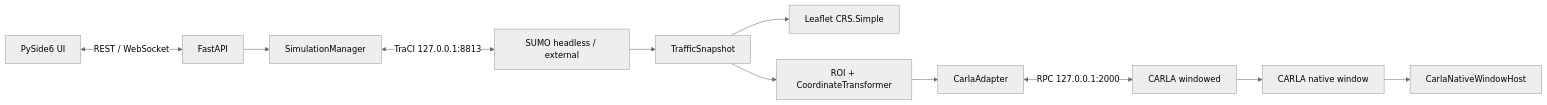
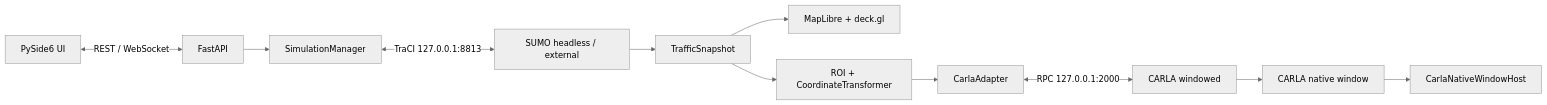
Before and after one commit to Harry-jiajia/TrafficSIM: the diagram in docs/SYSTEM_DESIGN.md, drawn with Mermaid (neutral theme). The commit also changed other lines of this file and 30 other files, not shown here.

Commit message:
update figure

````diff
--- a/docs/SYSTEM_DESIGN.md
+++ b/docs/SYSTEM_DESIGN.md
@@ -26,13 +26,13 @@
 ```mermaid
 flowchart LR
     UI["PySide6 UI"] <-->|"REST / WebSocket"| API["FastAPI"]
     API --> SM["SimulationManager"]
     SM <-->|"TraCI 127.0.0.1:8813"| SUMO["SUMO headless / external"]
     SUMO --> SNAP["TrafficSnapshot"]
-    SNAP --> MAP["Leaflet CRS.Simple"]
+    SNAP --> MAP["MapLibre + deck.gl"]
     SNAP --> ROI["ROI + CoordinateTransformer"]
     ROI --> CA["CarlaAdapter"]
     CA <-->|"RPC 127.0.0.1:2000"| CARLA["CARLA windowed"]
     CARLA --> WIN["CARLA native window"]
     WIN --> HOST["CarlaNativeWindowHost"]
 ```
````
